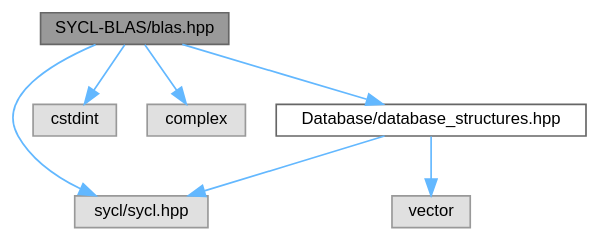
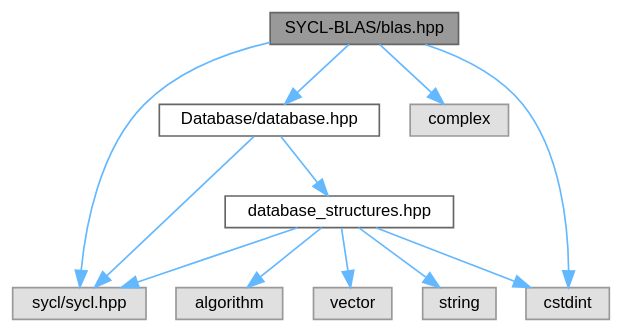
Before and after one commit to Mayukh-Banik/SYCL-BLAS: the diagram in docs/blas_8hpp__incl.dot, drawn with Graphviz. The commit also changed 261 other files, not shown here.

```diff
--- a/docs/blas_8hpp__incl.dot
+++ b/docs/blas_8hpp__incl.dot
@@ -1,19 +1,27 @@
 digraph "SYCL-BLAS/blas.hpp"
 {
  // LATEX_PDF_SIZE
   bgcolor="transparent";
   edge [fontname=Helvetica,fontsize=10,labelfontname=Helvetica,labelfontsize=10];
   node [fontname=Helvetica,fontsize=10,shape=box,height=0.2,width=0.4];
   Node1 [id="Node000001",label="SYCL-BLAS/blas.hpp",height=0.2,width=0.4,color="gray40", fillcolor="grey60", style="filled", fontcolor="black",tooltip=" "];
   Node1 -> Node2 [id="edge1_Node000001_Node000002",color="steelblue1",style="solid",tooltip=" "];
   Node2 [id="Node000002",label="sycl/sycl.hpp",height=0.2,width=0.4,color="grey60", fillcolor="#E0E0E0", style="filled",tooltip=" "];
   Node1 -> Node3 [id="edge2_Node000001_Node000003",color="steelblue1",style="solid",tooltip=" "];
   Node3 [id="Node000003",label="cstdint",height=0.2,width=0.4,color="grey60", fillcolor="#E0E0E0", style="filled",tooltip=" "];
   Node1 -> Node4 [id="edge3_Node000001_Node000004",color="steelblue1",style="solid",tooltip=" "];
   Node4 [id="Node000004",label="complex",height=0.2,width=0.4,color="grey60", fillcolor="#E0E0E0", style="filled",tooltip=" "];
   Node1 -> Node5 [id="edge4_Node000001_Node000005",color="steelblue1",style="solid",tooltip=" "];
-  Node5 [id="Node000005",label="Database/database_structures.hpp",height=0.2,width=0.4,color="grey40", fillcolor="white", style="filled",URL="$database__structures_8hpp.html",tooltip=" "];
-  Node5 -> Node2 [id="edge5_Node000005_Node000002",color="steelblue1",style="solid",tooltip=" "];
-  Node5 -> Node6 [id="edge6_Node000005_Node000006",color="steelblue1",style="solid",tooltip=" "];
-  Node6 [id="Node000006",label="vector",height=0.2,width=0.4,color="grey60", fillcolor="#E0E0E0", style="filled",tooltip=" "];
+  Node5 [id="Node000005",label="Database/database.hpp",height=0.2,width=0.4,color="grey40", fillcolor="white", style="filled",URL="$database_8hpp.html",tooltip=" "];
+  Node5 -> Node6 [id="edge5_Node000005_Node000006",color="steelblue1",style="solid",tooltip=" "];
+  Node6 [id="Node000006",label="database_structures.hpp",height=0.2,width=0.4,color="grey40", fillcolor="white", style="filled",URL="$database__structures_8hpp.html",tooltip=" "];
+  Node6 -> Node7 [id="edge6_Node000006_Node000007",color="steelblue1",style="solid",tooltip=" "];
+  Node7 [id="Node000007",label="vector",height=0.2,width=0.4,color="grey60", fillcolor="#E0E0E0", style="filled",tooltip=" "];
+  Node6 -> Node3 [id="edge7_Node000006_Node000003",color="steelblue1",style="solid",tooltip=" "];
+  Node6 -> Node8 [id="edge8_Node000006_Node000008",color="steelblue1",style="solid",tooltip=" "];
+  Node8 [id="Node000008",label="string",height=0.2,width=0.4,color="grey60", fillcolor="#E0E0E0", style="filled",tooltip=" "];
+  Node6 -> Node2 [id="edge9_Node000006_Node000002",color="steelblue1",style="solid",tooltip=" "];
+  Node6 -> Node9 [id="edge10_Node000006_Node000009",color="steelblue1",style="solid",tooltip=" "];
+  Node9 [id="Node000009",label="algorithm",height=0.2,width=0.4,color="grey60", fillcolor="#E0E0E0", style="filled",tooltip=" "];
+  Node5 -> Node2 [id="edge11_Node000005_Node000002",color="steelblue1",style="solid",tooltip=" "];
 }
```
